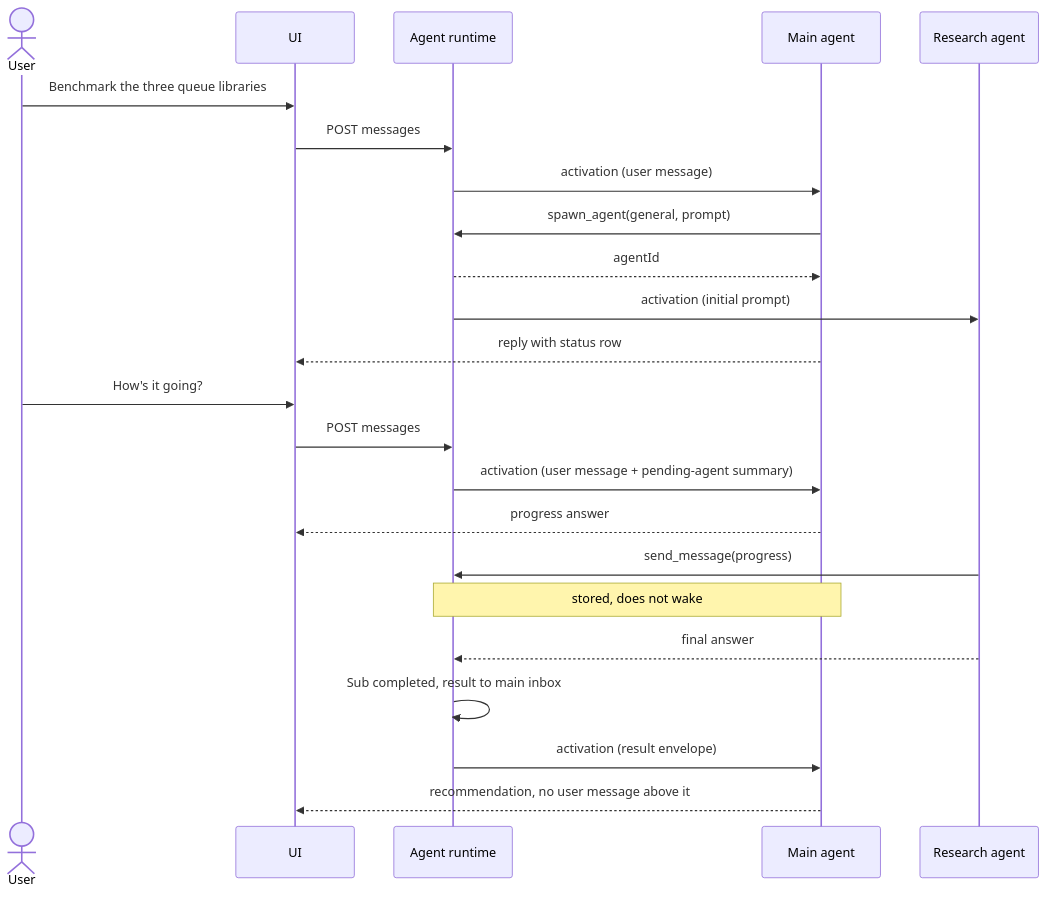
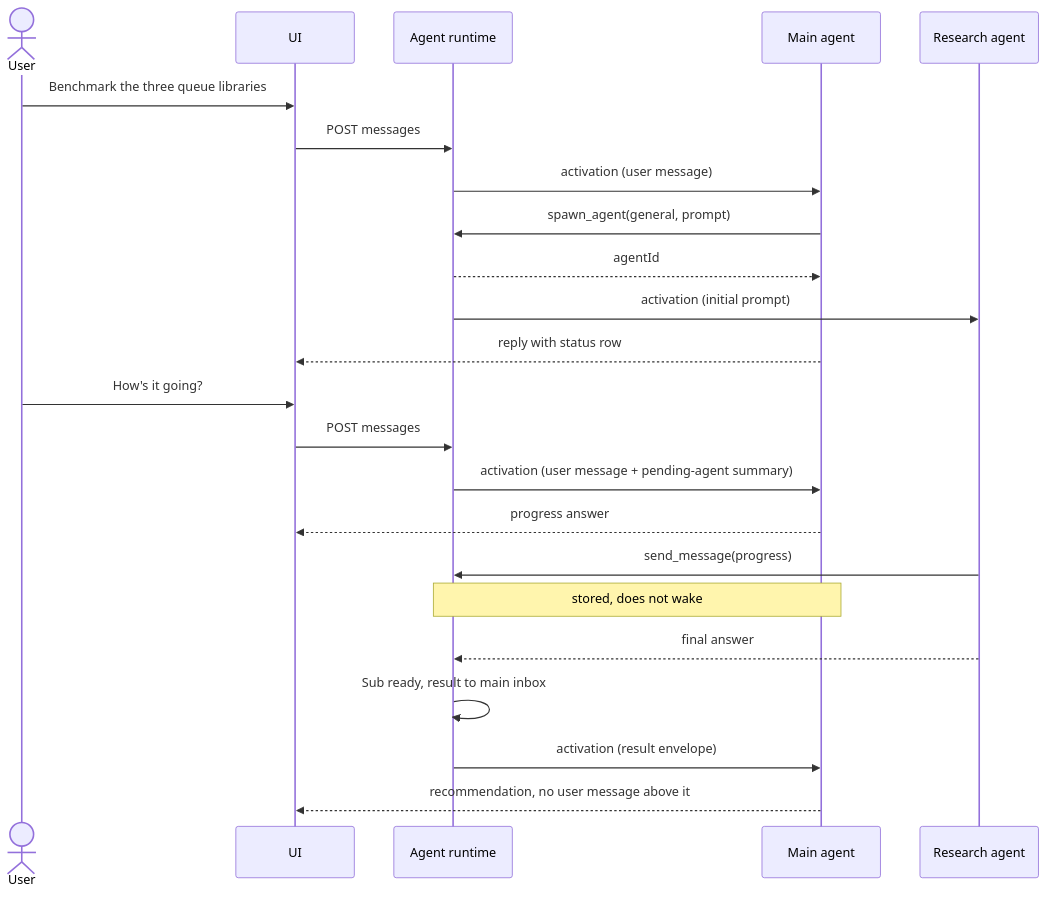
Before and after one commit to NickAwrist/euler: the fourth of 7 diagrams in docs/design/async-agents.md, drawn with Mermaid. The commit also changed other lines of this file and 16 other files, not shown here.

````diff
--- a/docs/design/async-agents.md
+++ b/docs/design/async-agents.md
@@ -313,25 +230,25 @@
 ```mermaid
 sequenceDiagram
   actor User
   participant UI
   participant RT as Agent runtime
   participant Main as Main agent
   participant Sub as Research agent
   User->>UI: Benchmark the three queue libraries
   UI->>RT: POST messages
   RT->>Main: activation (user message)
   Main->>RT: spawn_agent(general, prompt)
   RT-->>Main: agentId
   RT->>Sub: activation (initial prompt)
   Main-->>UI: reply with status row
   User->>UI: How's it going?
   UI->>RT: POST messages
   RT->>Main: activation (user message + pending-agent summary)
   Main-->>UI: progress answer
   Sub->>RT: send_message(progress)
   Note over RT,Main: stored, does not wake
   Sub-->>RT: final answer
-  RT->>RT: Sub completed, result to main inbox
+  RT->>RT: Sub ready, result to main inbox
   RT->>Main: activation (result envelope)
   Main-->>UI: recommendation, no user message above it
 ```
````
